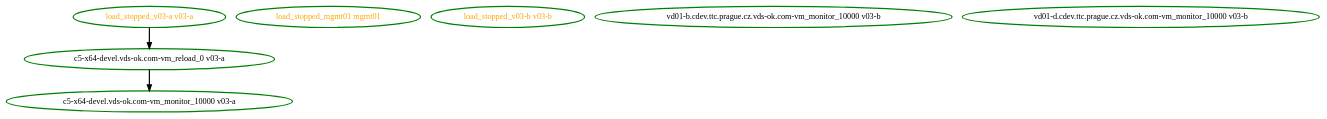
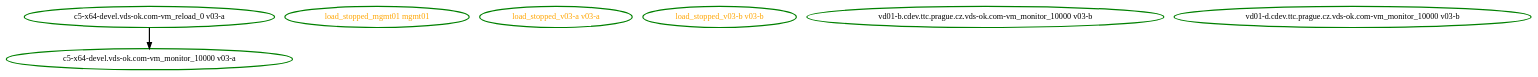
Before and after one commit to ClusterLabs/pacemaker: the diagram in pengine/test10/params-6.dot, drawn with Graphviz. The commit also changed 10 other files, not shown here.

```diff
--- a/pengine/test10/params-6.dot
+++ b/pengine/test10/params-6.dot
@@ -1,11 +1,10 @@
 digraph "g" {
 "c5-x64-devel.vds-ok.com-vm_monitor_10000 v03-a" [ style=bold color="green" fontcolor="black"]
 "c5-x64-devel.vds-ok.com-vm_reload_0 v03-a" -> "c5-x64-devel.vds-ok.com-vm_monitor_10000 v03-a" [ style = bold]
 "c5-x64-devel.vds-ok.com-vm_reload_0 v03-a" [ style=bold color="green" fontcolor="black"]
 "load_stopped_mgmt01 mgmt01" [ style=bold color="green" fontcolor="orange"]
-"load_stopped_v03-a v03-a" -> "c5-x64-devel.vds-ok.com-vm_reload_0 v03-a" [ style = bold]
 "load_stopped_v03-a v03-a" [ style=bold color="green" fontcolor="orange"]
 "load_stopped_v03-b v03-b" [ style=bold color="green" fontcolor="orange"]
 "vd01-b.cdev.ttc.prague.cz.vds-ok.com-vm_monitor_10000 v03-b" [ style=bold color="green" fontcolor="black"]
 "vd01-d.cdev.ttc.prague.cz.vds-ok.com-vm_monitor_10000 v03-b" [ style=bold color="green" fontcolor="black"]
 }
```
